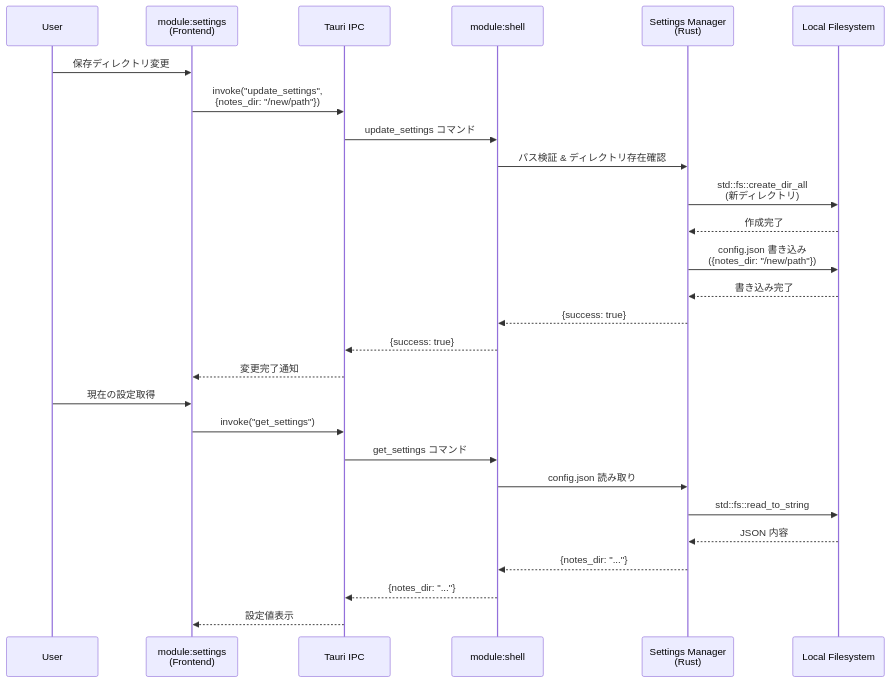
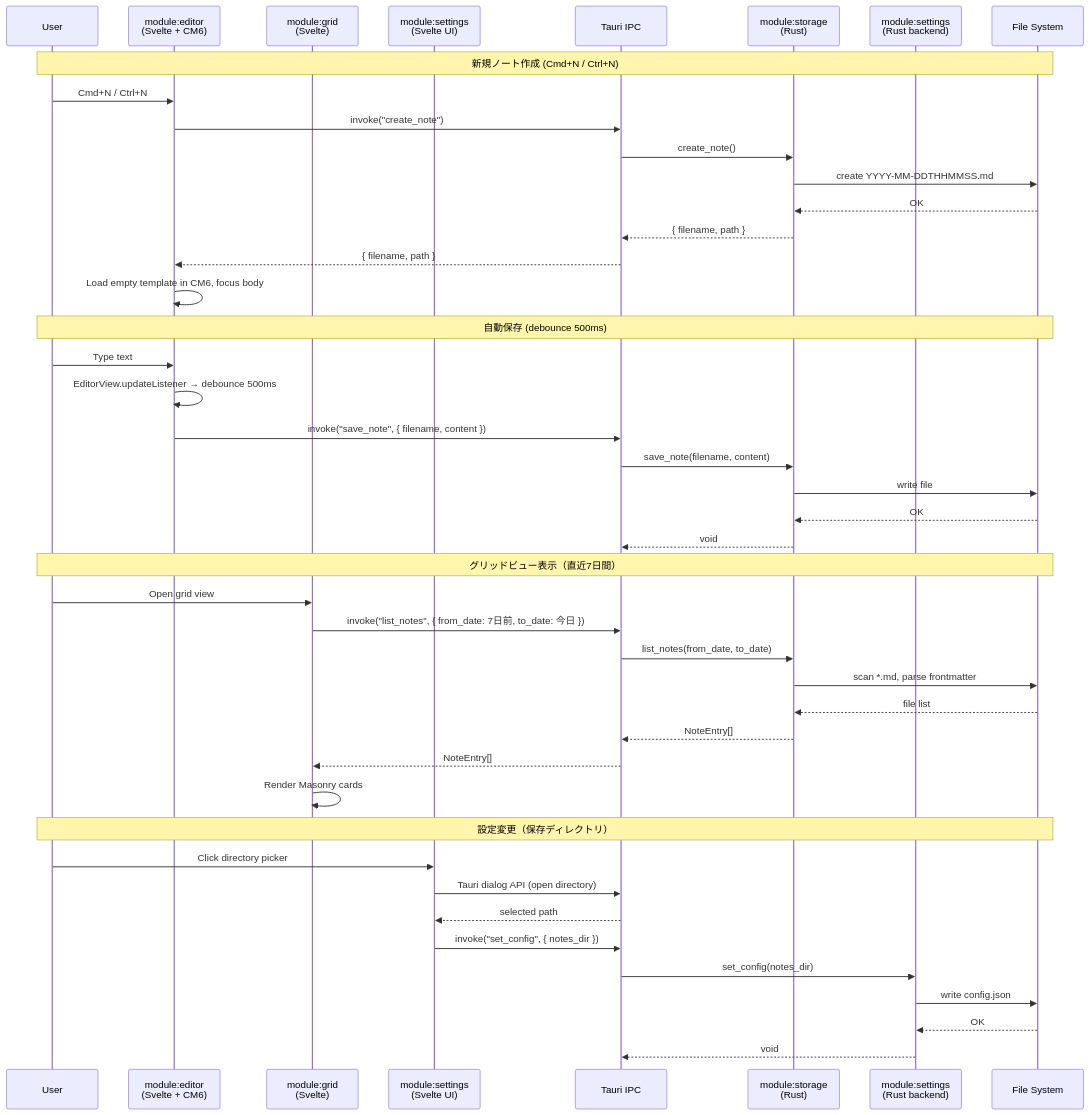
One commit to dev-komenzar/prompt-notes changed the second of 3 diagrams in docs/detailed_design/component_architecture.md. Above: the diagram before and after it, drawn with Mermaid. The commit also changed other lines of this file and 6 other files, not shown here.

First line of the commit message:
Resolve OQ-001: adopt Svelte as frontend framework

````diff
--- a/docs/detailed_design/component_architecture.md
+++ b/docs/detailed_design/component_architecture.md
@@ -191,31 +96,50 @@
 ```mermaid
 sequenceDiagram
     participant User
-    participant SettingsUI as module:settings<br/>(Frontend)
+    participant SvelteEditor as module:editor<br/>(Svelte + CM6)
+    participant SvelteGrid as module:grid<br/>(Svelte)
+    participant SvelteSettings as module:settings<br/>(Svelte UI)
     participant IPC as Tauri IPC
-    participant Shell as module:shell
-    participant Config as Settings Manager<br/>(Rust)
-    participant FS as Local Filesystem
+    participant RustStorage as module:storage<br/>(Rust)
+    participant RustConfig as module:settings<br/>(Rust backend)
+    participant FS as File System
 
-    User->>SettingsUI: 保存ディレクトリ変更
-    SettingsUI->>IPC: invoke("update_settings",<br/>{notes_dir: "/new/path"})
-    IPC->>Shell: update_settings コマンド
-    Shell->>Config: パス検証 & ディレクトリ存在確認
-    Config->>FS: std::fs::create_dir_all<br/>(新ディレクトリ)
-    FS-->>Config: 作成完了
-    Config->>FS: config.json 書き込み<br/>({notes_dir: "/new/path"})
-    FS-->>Config: 書き込み完了
-    Config-->>Shell: {success: true}
-    Shell-->>IPC: {success: true}
-    IPC-->>SettingsUI: 変更完了通知
+    Note over User,FS: 新規ノート作成 (Cmd+N / Ctrl+N)
+    User->>SvelteEditor: Cmd+N / Ctrl+N
+    SvelteEditor->>IPC: invoke("create_note")
+    IPC->>RustStorage: create_note()
+    RustStorage->>FS: create YYYY-MM-DDTHHMMSS.md
+    FS-->>RustStorage: OK
+    RustStorage-->>IPC: { filename, path }
+    IPC-->>SvelteEditor: { filename, path }
+    SvelteEditor->>SvelteEditor: Load empty template in CM6, focus body
 
-    User->>SettingsUI: 現在の設定取得
-    SettingsUI->>IPC: invoke("get_settings")
-    IPC->>Shell: get_settings コマンド
-    Shell->>Config: config.json 読み取り
-    Config->>FS: std::fs::read_to_string
-    FS-->>Config: JSON 内容
-    Config-->>Shell: {notes_dir: "..."}
-    Shell-->>IPC: {notes_dir: "..."}
-    IPC-->>SettingsUI: 設定値表示
+    Note over User,FS: 自動保存 (debounce 500ms)
+    User->>SvelteEditor: Type text
+    SvelteEditor->>SvelteEditor: EditorView.updateListener → debounce 500ms
+    SvelteEditor->>IPC: invoke("save_note", { filename, content })
+    IPC->>RustStorage: save_note(filename, content)
+    RustStorage->>FS: write file
+    FS-->>RustStorage: OK
+    RustStorage-->>IPC: void
+
+    Note over User,FS: グリッドビュー表示（直近7日間）
+    User->>SvelteGrid: Open grid view
+    SvelteGrid->>IPC: invoke("list_notes", { from_date: 7日前, to_date: 今日 })
+    IPC->>RustStorage: list_notes(from_date, to_date)
+    RustStorage->>FS: scan *.md, parse frontmatter
+    FS-->>RustStorage: file list
+    RustStorage-->>IPC: NoteEntry[]
+    IPC-->>SvelteGrid: NoteEntry[]
+    SvelteGrid->>SvelteGrid: Render Masonry cards
+
+    Note over User,FS: 設定変更（保存ディレクトリ）
+    User->>SvelteSettings: Click directory picker
+    SvelteSettings->>IPC: Tauri dialog API (open directory)
+    IPC-->>SvelteSettings: selected path
+    SvelteSettings->>IPC: invoke("set_config", { notes_dir })
+    IPC->>RustConfig: set_config(notes_dir)
+    RustConfig->>FS: write config.json
+    FS-->>RustConfig: OK
+    RustConfig-->>IPC: void
 ```
````
